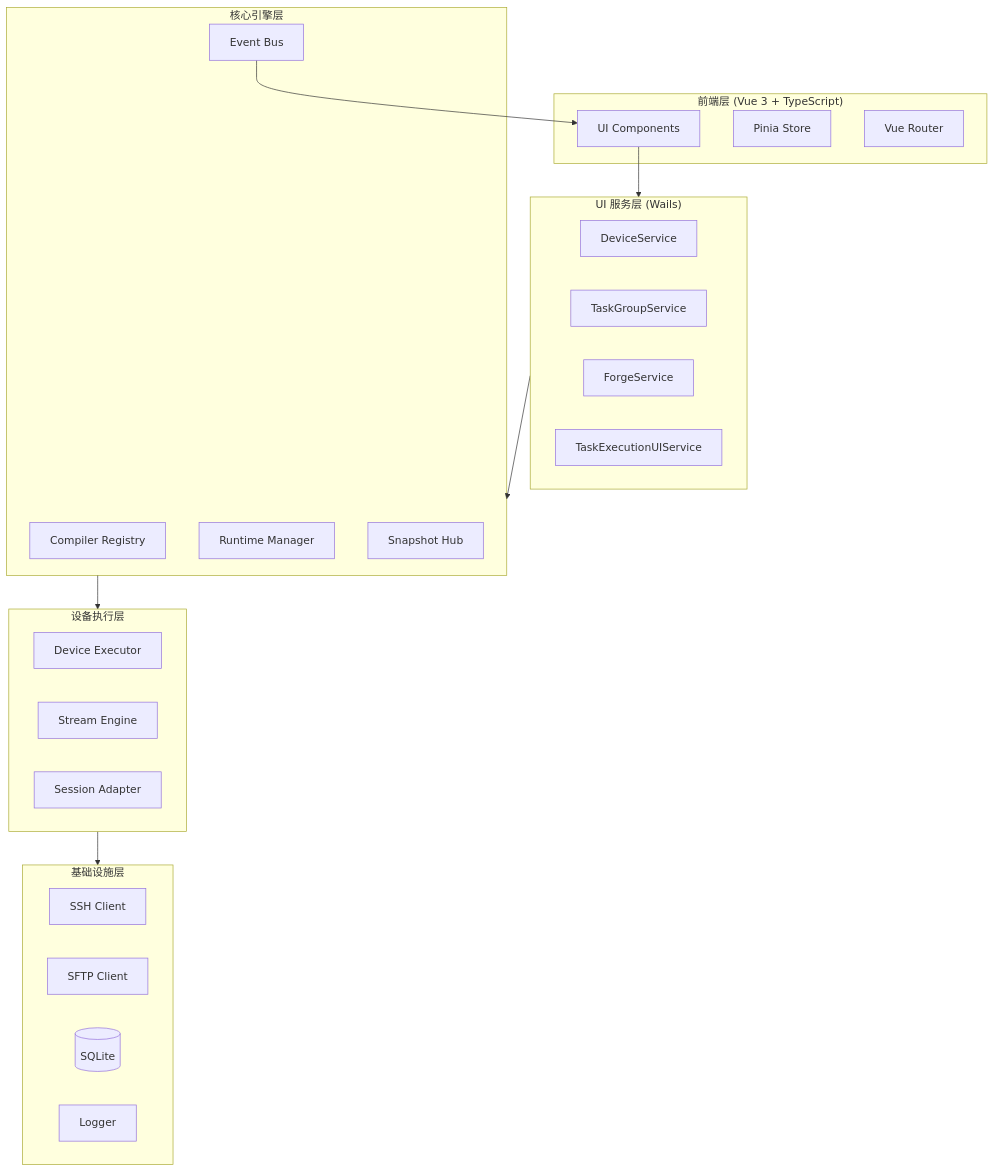
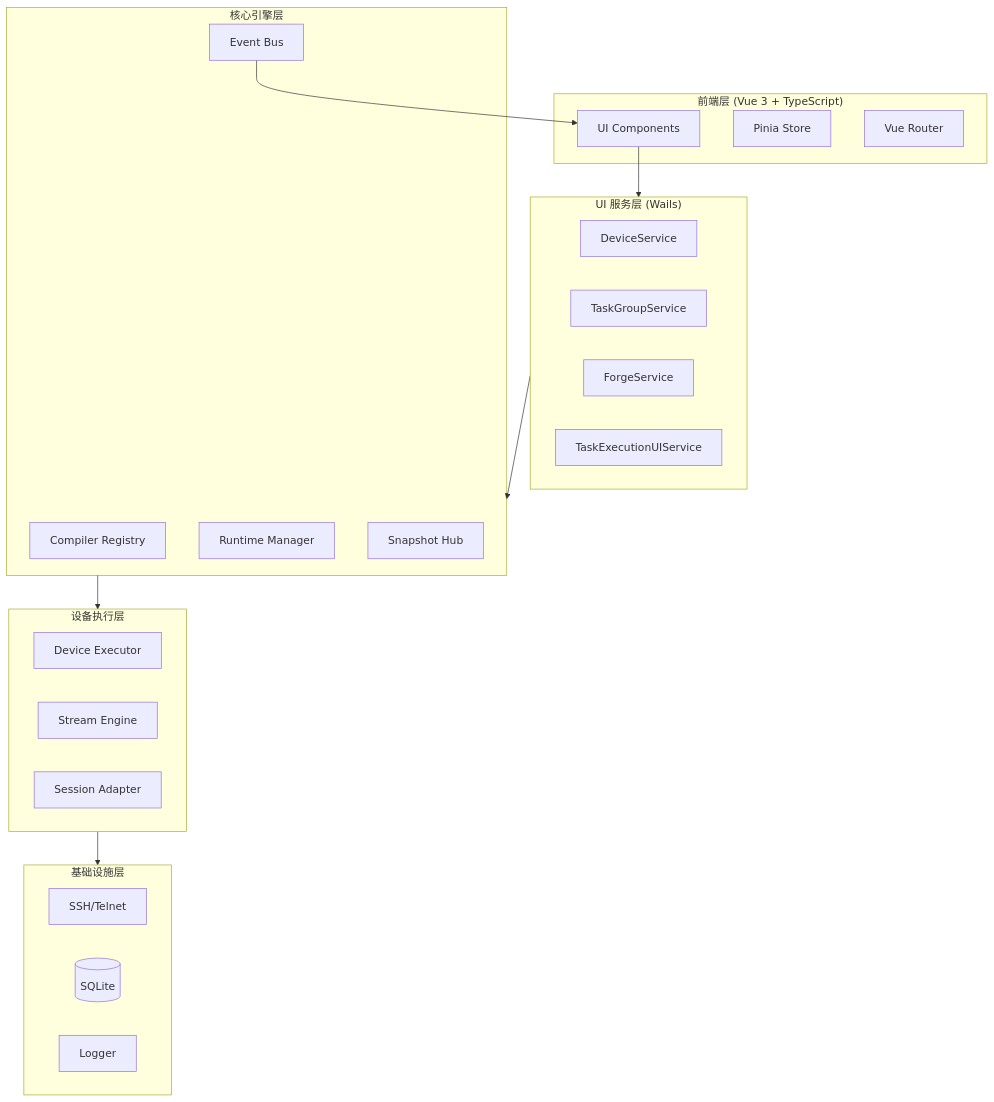
Before and after one commit to DeavorWei/NetWeaverGo: the diagram in README.md, drawn with Mermaid. The commit also changed other lines of this file, not shown here.

````diff
--- a/README.md
+++ b/README.md
@@ -226,41 +326,40 @@
 ```mermaid
 graph TB
     subgraph Frontend["前端层 (Vue 3 + TypeScript)"]
         UI[UI Components]
         Store[Pinia Store]
         Router[Vue Router]
     end
 
     subgraph Services["UI 服务层 (Wails)"]
         DS[DeviceService]
         TGS[TaskGroupService]
         FS[ForgeService]
         TES[TaskExecutionUIService]
     end
 
     subgraph Core["核心引擎层"]
         Compiler[Compiler Registry]
         Runtime[Runtime Manager]
         EventBus[Event Bus]
         Snapshot[Snapshot Hub]
     end
 
     subgraph Executor["设备执行层"]
         DE[Device Executor]
         SE[Stream Engine]
         SA[Session Adapter]
     end
 
     subgraph Infra["基础设施层"]
-        SSH[SSH Client]
-        SFTP[SFTP Client]
+        Conn[SSH/Telnet]
         DB[(SQLite)]
         Logger[Logger]
     end
 
     UI --> Services
     Services --> Core
     Core --> Executor
     Executor --> Infra
     EventBus --> UI
 ```
````
